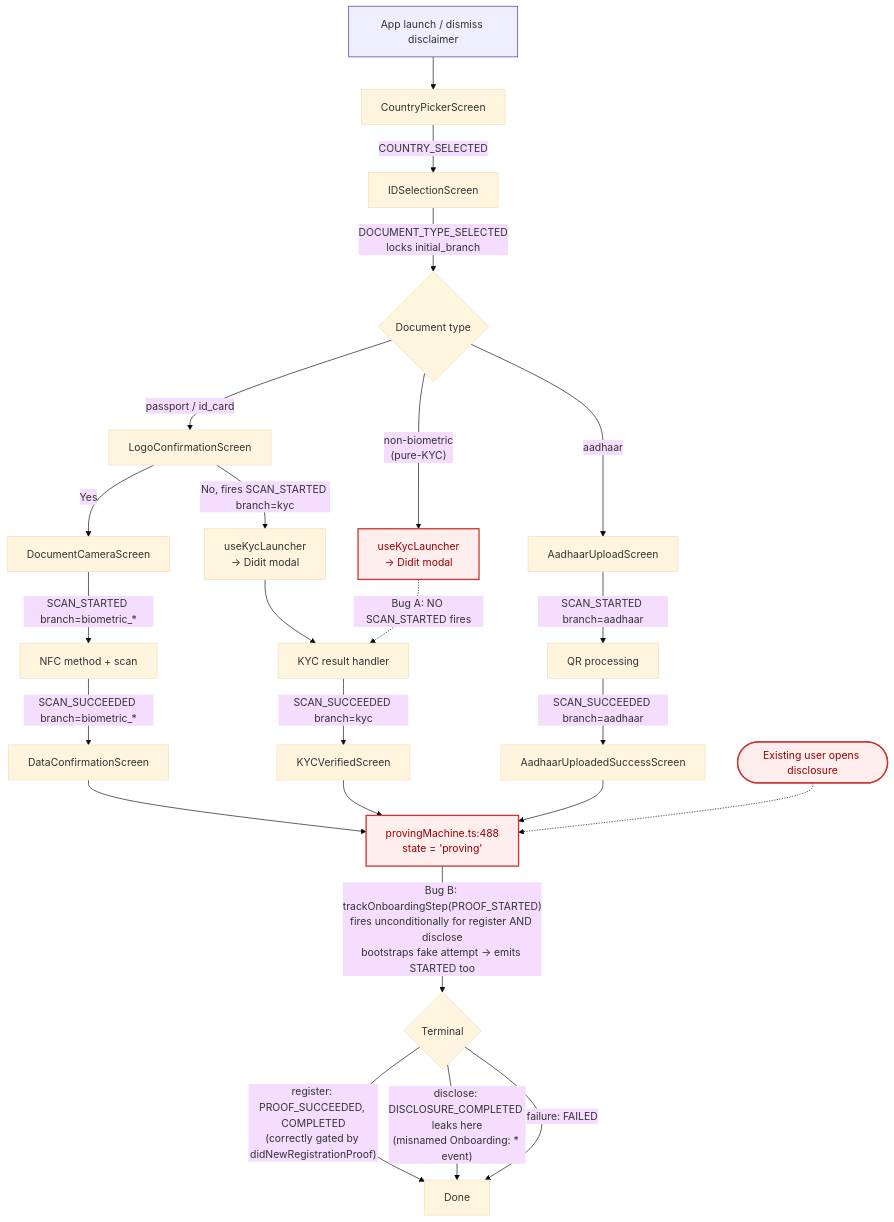
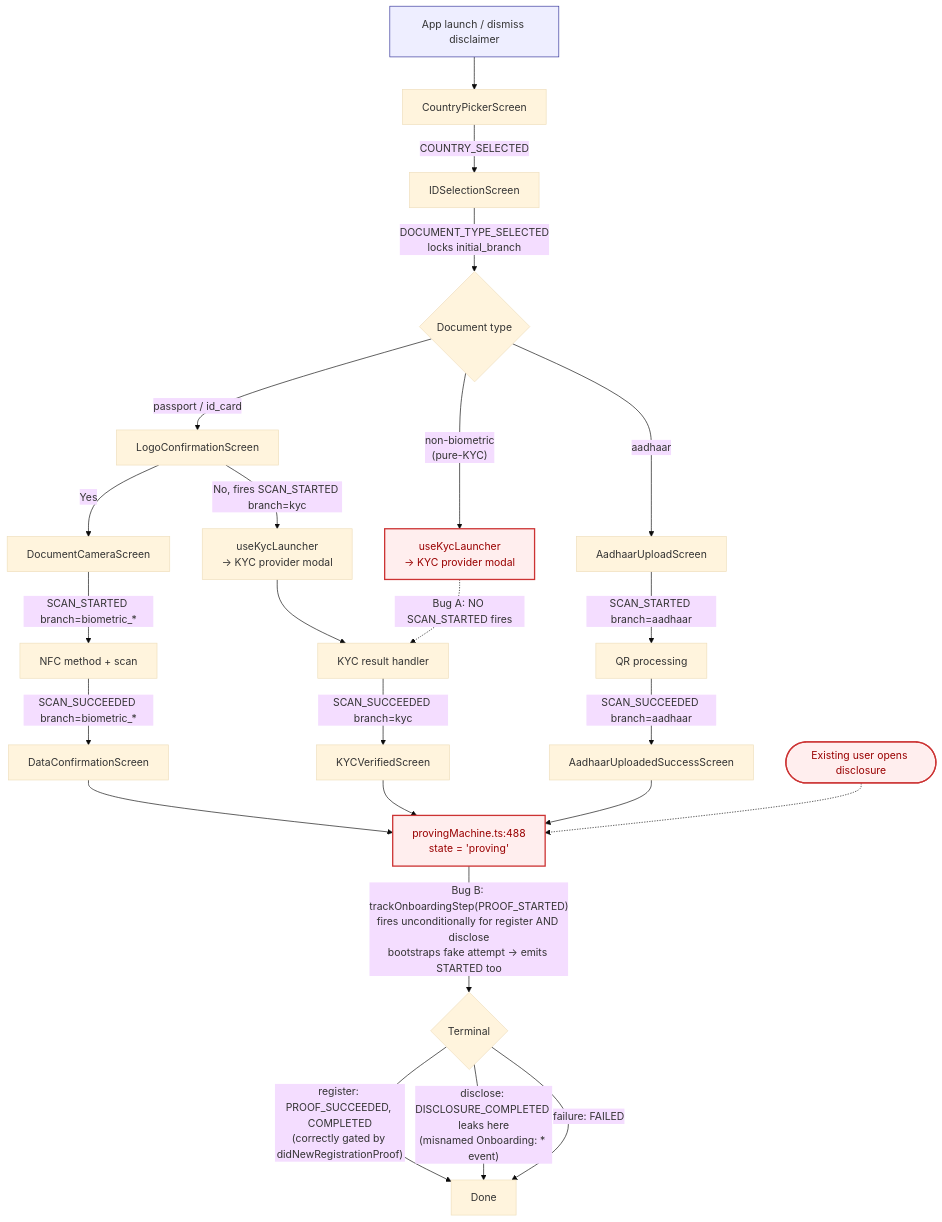
Before and after one commit to selfxyz/self: the first of 3 diagrams in specs/projects/sdk/workstreams/analytics/plans/ANA-11-canonical-funnel-bug-fixes.md, drawn with Mermaid (base theme). The commit also changed other lines of this file and 5 other files, not shown here.

````diff
--- a/specs/projects/sdk/workstreams/analytics/plans/ANA-11-canonical-funnel-bug-fixes.md
+++ b/specs/projects/sdk/workstreams/analytics/plans/ANA-11-canonical-funnel-bug-fixes.md
@@ -72,41 +72,41 @@
 ```mermaid
 flowchart TD
     A[App launch / dismiss disclaimer]
     A --> B[CountryPickerScreen]
     B -->|COUNTRY_SELECTED| C[IDSelectionScreen]
     C -->|"DOCUMENT_TYPE_SELECTED<br/>locks initial_branch"| D{Document type}
 
     D -->|passport / id_card| E[LogoConfirmationScreen]
-    D -->|"non-biometric<br/>(pure-KYC)"| K1["useKycLauncher<br/>→ Didit modal"]
+    D -->|"non-biometric<br/>(pure-KYC)"| K1["useKycLauncher<br/>→ KYC provider modal"]
     D -->|aadhaar| AA[AadhaarUploadScreen]
 
     E -->|"Yes"| F[DocumentCameraScreen]
-    E -->|"No, fires SCAN_STARTED branch=kyc"| K2["useKycLauncher<br/>→ Didit modal"]
+    E -->|"No, fires SCAN_STARTED branch=kyc"| K2["useKycLauncher<br/>→ KYC provider modal"]
 
     F -->|"SCAN_STARTED branch=biometric_*"| G[NFC method + scan]
     G -->|"SCAN_SUCCEEDED branch=biometric_*"| H[DataConfirmationScreen]
 
     K1 -.->|"Bug A: NO SCAN_STARTED fires"| KR[KYC result handler]
     K2 --> KR
     KR -->|"SCAN_SUCCEEDED branch=kyc"| KV[KYCVerifiedScreen]
 
     AA -->|"SCAN_STARTED branch=aadhaar"| AP[QR processing]
     AP -->|"SCAN_SUCCEEDED branch=aadhaar"| AS[AadhaarUploadedSuccessScreen]
 
     H --> P["provingMachine.ts:488<br/>state = 'proving'"]
     KV --> P
     AS --> P
     DX([Existing user opens disclosure]) -.-> P
 
     P -->|"Bug B: trackOnboardingStep(PROOF_STARTED)<br/>fires unconditionally for register AND disclose<br/>bootstraps fake attempt → emits STARTED too"| T{Terminal}
     T -->|"register: PROOF_SUCCEEDED, COMPLETED<br/>(correctly gated by didNewRegistrationProof)"| Z[Done]
     T -->|"disclose: DISCLOSURE_COMPLETED leaks here<br/>(misnamed Onboarding: * event)"| Z
     T -->|"failure: FAILED"| Z
 
     A:::start
     K1:::bug
     P:::bug
     DX:::bug
     classDef bug fill:#fee,stroke:#c33,stroke-width:2px,color:#900
     classDef start fill:#eef,stroke:#339,stroke-width:1px
 ```
````
